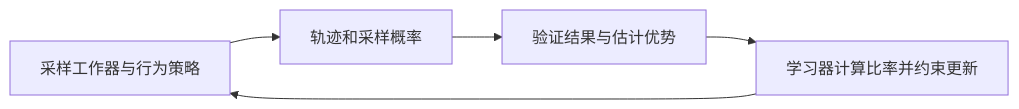
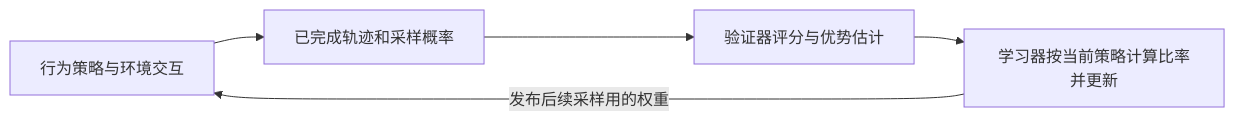
The diagram in lessons/6a-advanced-rl/notes.md (RoyceChase/cmu-ai-agents-study), drawn with Mermaid before and after one commit. The commit also changed other lines of this file and 14 other files, not shown here.

````diff
--- a/lessons/6a-advanced-rl/notes.md
+++ b/lessons/6a-advanced-rl/notes.md
@@ -241,7 +45,7 @@
-```mermaid
+~~~mermaid
 flowchart LR
-    W[采样工作器与行为策略] --> T[轨迹和采样概率]
-    T --> R[验证结果与估计优势]
-    R --> L[学习器计算比率并约束更新]
-    L --> W
-```
+    B[行为策略与环境交互] --> T[已完成轨迹和采样概率]
+    T --> E[验证器评分与优势估计]
+    E --> L[学习器按当前策略计算比率并更新]
+    L -->|发布后续采样用的权重| B
+~~~
````
